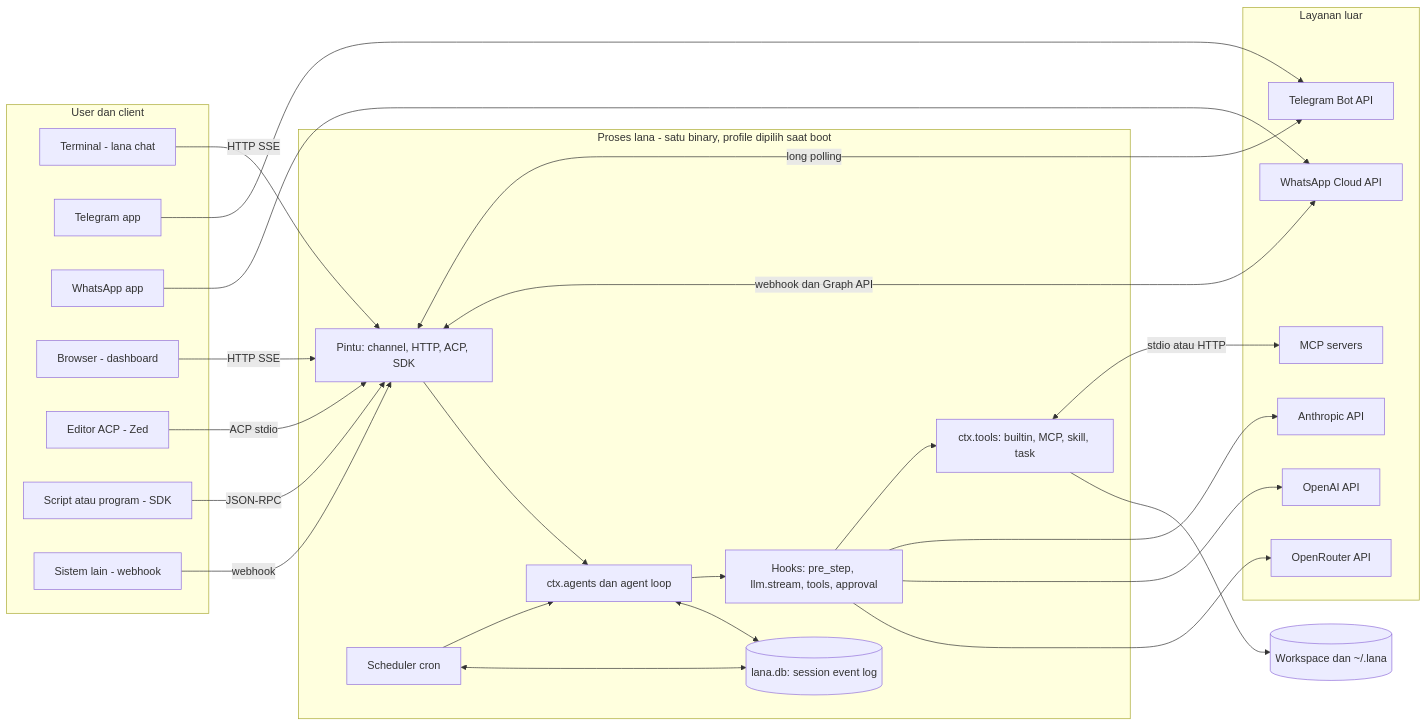
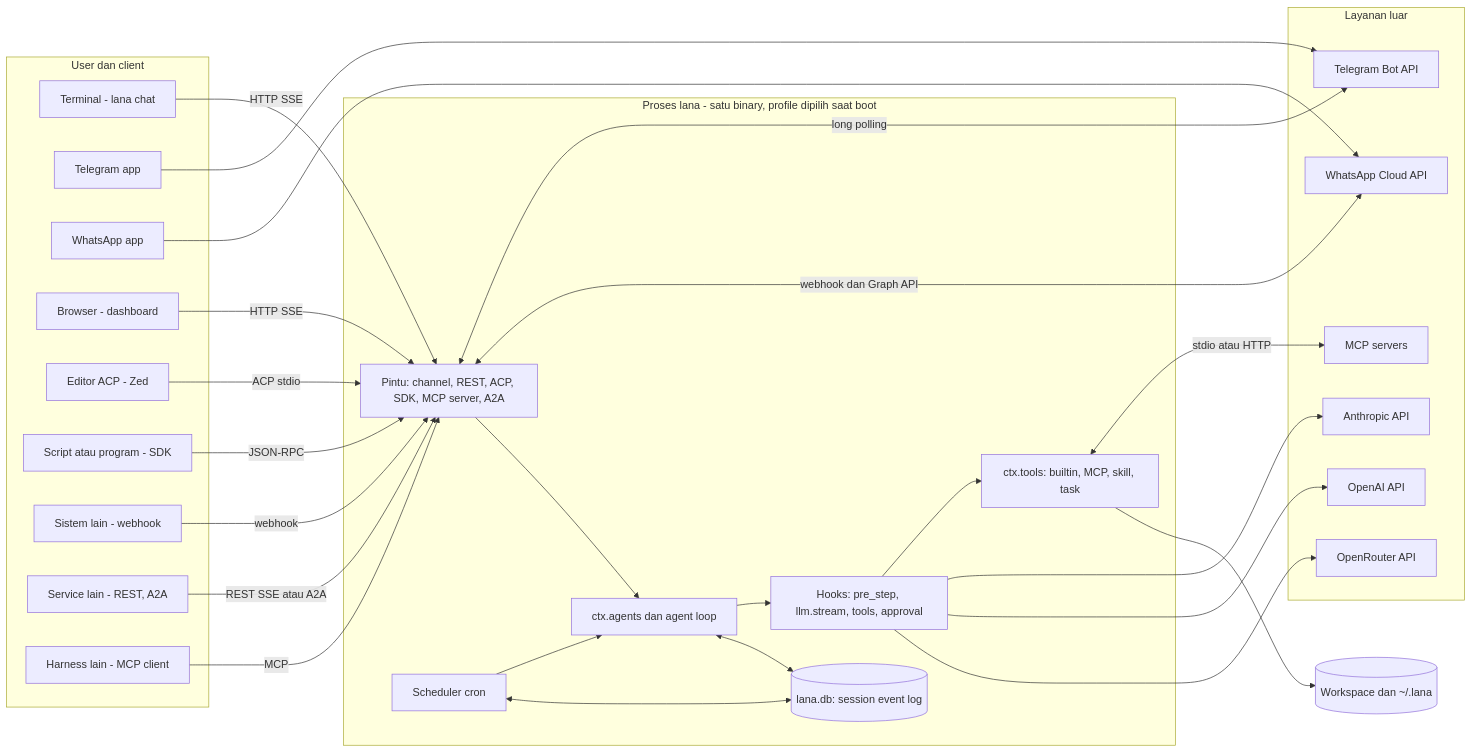
Before and after one commit to ridhomujizat/lana-harness: the first of 6 diagrams in docs/diagram/0001-system-context-dan-roadmap.md, drawn with Mermaid. The commit also changed other lines of this file and 24 other files, not shown here.

````diff
--- a/docs/diagram/0001-system-context-dan-roadmap.md
+++ b/docs/diagram/0001-system-context-dan-roadmap.md
@@ -14,54 +14,58 @@
 ```mermaid
 flowchart LR
   subgraph Users["User dan client"]
     Term["Terminal - lana chat"]
     TG["Telegram app"]
     WA["WhatsApp app"]
     Browser["Browser - dashboard"]
     Editor["Editor ACP - Zed"]
     Script["Script atau program - SDK"]
     Ext["Sistem lain - webhook"]
+    Svc["Service lain - REST, A2A"]
+    Harness["Harness lain - MCP client"]
   end
 
   subgraph Lana["Proses lana - satu binary, profile dipilih saat boot"]
-    Doors["Pintu: channel, HTTP, ACP, SDK"]
+    Doors["Pintu: channel, REST, ACP, SDK, MCP server, A2A"]
     Agents["ctx.agents dan agent loop"]
     Hooks["Hooks: pre_step, llm.stream, tools, approval"]
     Tools["ctx.tools: builtin, MCP, skill, task"]
     Sched["Scheduler cron"]
     Store[("lana.db: session event log")]
   end
 
   subgraph External["Layanan luar"]
     Anthropic["Anthropic API"]
     OpenAI["OpenAI API"]
     OpenRouter["OpenRouter API"]
     TGAPI["Telegram Bot API"]
     WAAPI["WhatsApp Cloud API"]
     MCPS["MCP servers"]
   end
 
   FS[("Workspace dan ~/.lana")]
 
   Term -->|HTTP SSE| Doors
   Browser -->|HTTP SSE| Doors
   Ext -->|webhook| Doors
   Editor -->|ACP stdio| Doors
   Script -->|JSON-RPC| Doors
+  Svc -->|REST SSE atau A2A| Doors
+  Harness -->|MCP| Doors
   TG --> TGAPI
   WA --> WAAPI
   Doors <-->|long polling| TGAPI
   Doors <-->|webhook dan Graph API| WAAPI
 
   Doors --> Agents
   Sched --> Agents
   Agents --> Hooks
   Hooks --> Tools
   Agents <--> Store
   Sched <--> Store
   Hooks --> Anthropic
   Hooks --> OpenAI
   Hooks --> OpenRouter
   Tools <-->|stdio atau HTTP| MCPS
   Tools --> FS
 ```
````
